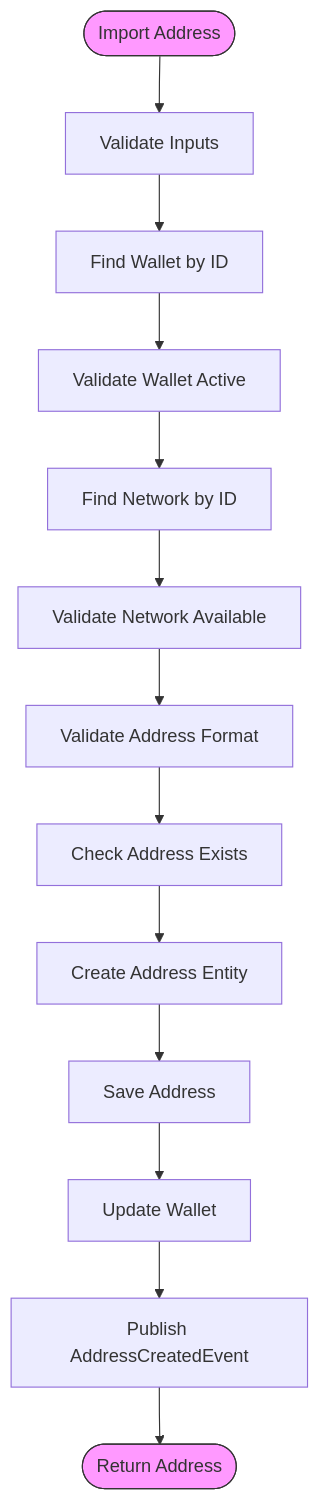
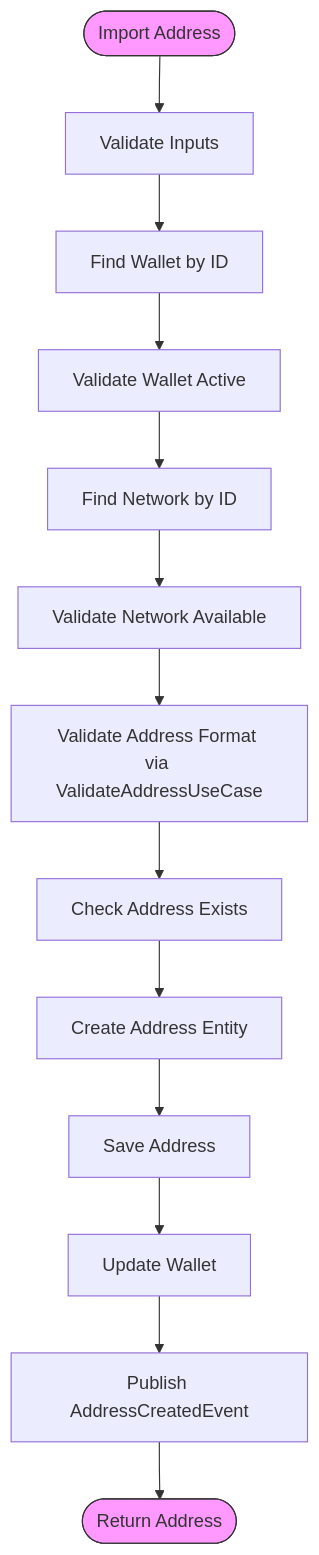
Before and after one commit to italoag/wallet: the third of 7 diagrams in .qoder/repowiki/en/content/Address Management.md, drawn with Mermaid. The commit also changed other lines of this file and 10 other files, not shown here.

````diff
--- a/.qoder/repowiki/en/content/Address Management.md
+++ b/.qoder/repowiki/en/content/Address Management.md
@@ -200,17 +214,17 @@
 ```mermaid
 flowchart TD
 Start([Import Address]) --> ValidateInputs["Validate Inputs"]
 ValidateInputs --> FindWallet["Find Wallet by ID"]
 FindWallet --> ValidateWallet["Validate Wallet Active"]
 ValidateWallet --> FindNetwork["Find Network by ID"]
 FindNetwork --> ValidateNetwork["Validate Network Available"]
-ValidateNetwork --> ValidateAddressFormat["Validate Address Format"]
+ValidateNetwork --> ValidateAddressFormat["Validate Address Format via ValidateAddressUseCase"]
 ValidateAddressFormat --> CheckExistence["Check Address Exists"]
 CheckExistence --> CreateAddress["Create Address Entity"]
 CreateAddress --> SaveAddress["Save Address"]
 SaveAddress --> UpdateWallet["Update Wallet"]
 UpdateWallet --> PublishEvent["Publish AddressCreatedEvent"]
 PublishEvent --> End([Return Address])
 style Start fill:#f9f,stroke:#333
 style End fill:#f9f,stroke:#333
 ```
````
